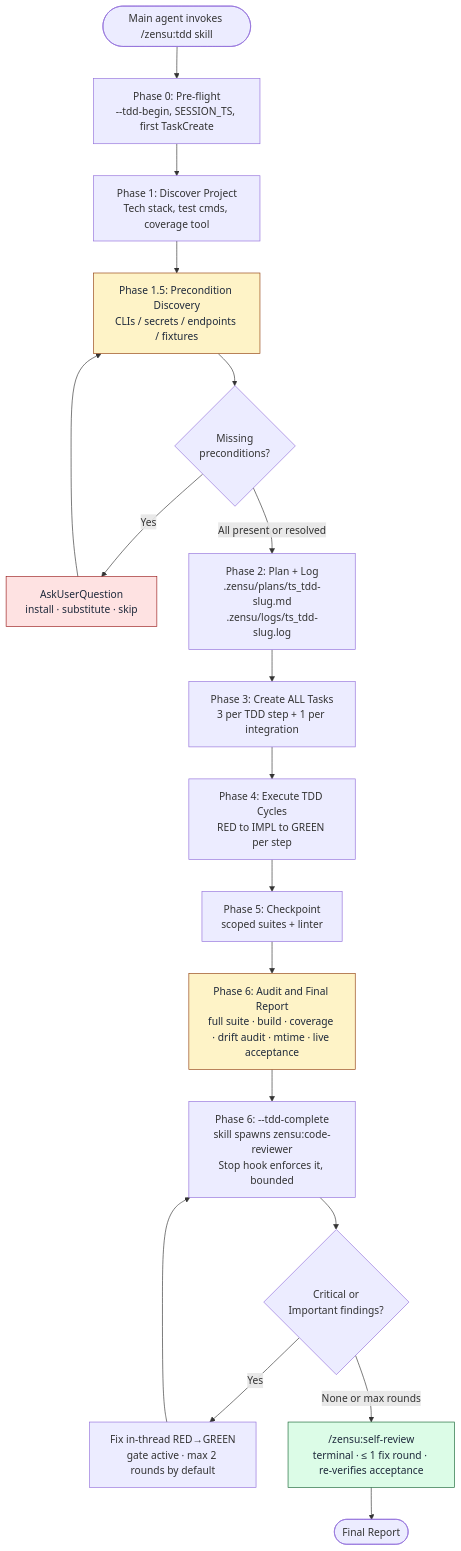
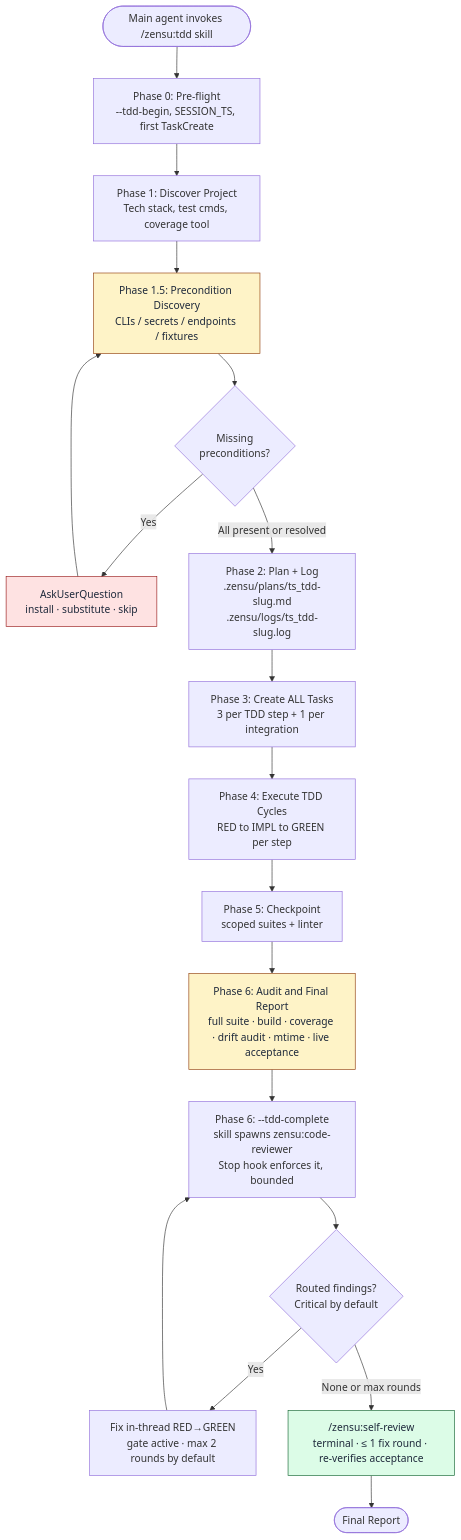
Before and after one commit to MKITConsulting/zensu-claude-code: the first of 4 diagrams in docs/tdd-manager-workflow.md, drawn with Mermaid. The commit also changed other lines of this file and 7 other files, not shown here.

````diff
--- a/docs/tdd-manager-workflow.md
+++ b/docs/tdd-manager-workflow.md
@@ -100,25 +100,25 @@
 ```mermaid
 flowchart TD
     Start([Main agent invokes /zensu:tdd skill]) --> P0[Phase 0: Pre-flight<br/>--tdd-begin, SESSION_TS, first TaskCreate]
     P0 --> P1[Phase 1: Discover Project<br/>Tech stack, test cmds, coverage tool]
     P1 --> P15[Phase 1.5: Precondition Discovery<br/>CLIs / secrets / endpoints / fixtures]
     P15 --> Q{Missing<br/>preconditions?}
     Q -->|Yes| Ask[AskUserQuestion<br/>install · substitute · skip]
     Ask --> P15
     Q -->|All present or resolved| P2[Phase 2: Plan + Log<br/>.zensu/plans/ts_tdd-slug.md<br/>.zensu/logs/ts_tdd-slug.log]
     P2 --> P3[Phase 3: Create ALL Tasks<br/>3 per TDD step + 1 per integration]
     P3 --> P4[Phase 4: Execute TDD Cycles<br/>RED to IMPL to GREEN per step]
     P4 --> P5[Phase 5: Checkpoint<br/>scoped suites + linter]
     P5 --> P6[Phase 6: Audit and Final Report<br/>full suite · build · coverage · drift audit · mtime · live acceptance]
     P6 --> Review[Phase 6: --tdd-complete<br/>skill spawns zensu:code-reviewer<br/>Stop hook enforces it, bounded]
-    Review --> Findings{Critical or<br/>Important findings?}
+    Review --> Findings{Routed findings?<br/>Critical by default}
     Findings -->|Yes| AutoFix[Fix in-thread RED→GREEN<br/>gate active · max 2 rounds by default]
     AutoFix --> Review
     Findings -->|None or max rounds| SelfRev["/zensu:self-review<br/>terminal · ≤ 1 fix round · re-verifies acceptance"]
     SelfRev --> Done([Final Report])
 
     style P15 fill:#fef3c7,stroke:#92400e,color:#1e293b
     style P6 fill:#fef3c7,stroke:#92400e,color:#1e293b
     style Ask fill:#fee2e2,stroke:#991b1b,color:#1e293b
     style SelfRev fill:#dcfce7,stroke:#166534,color:#1e293b
 ```
````
